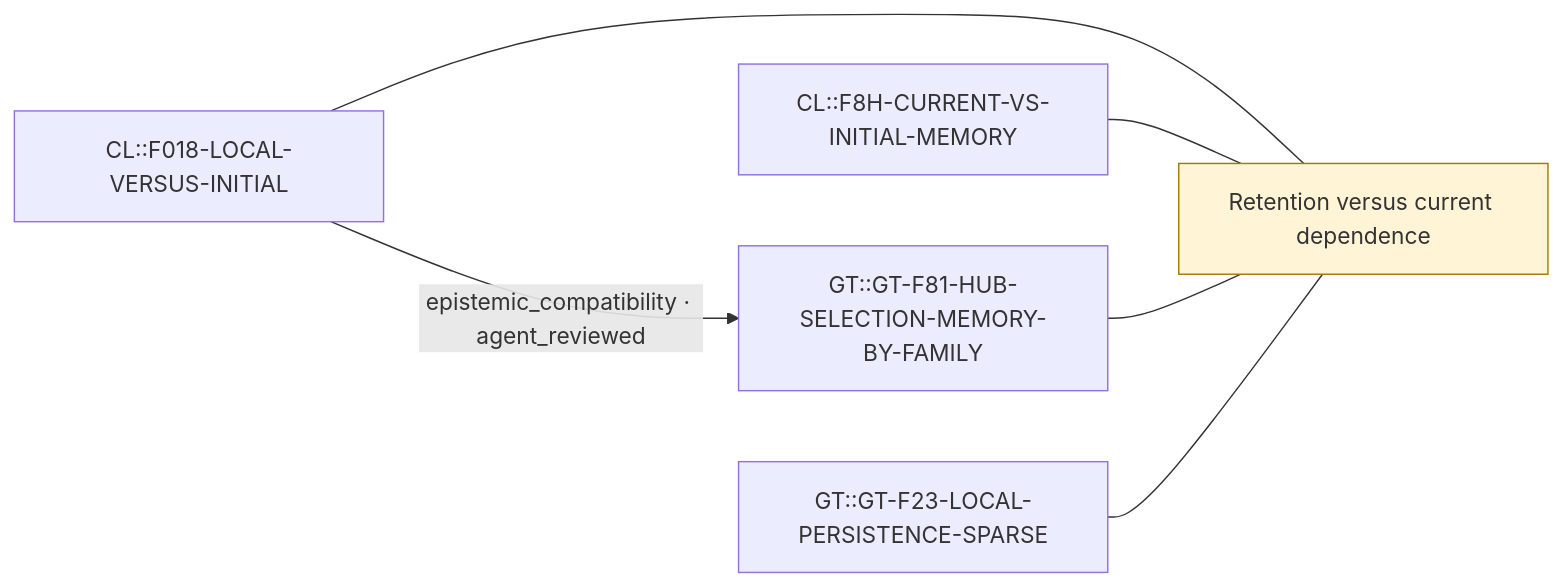
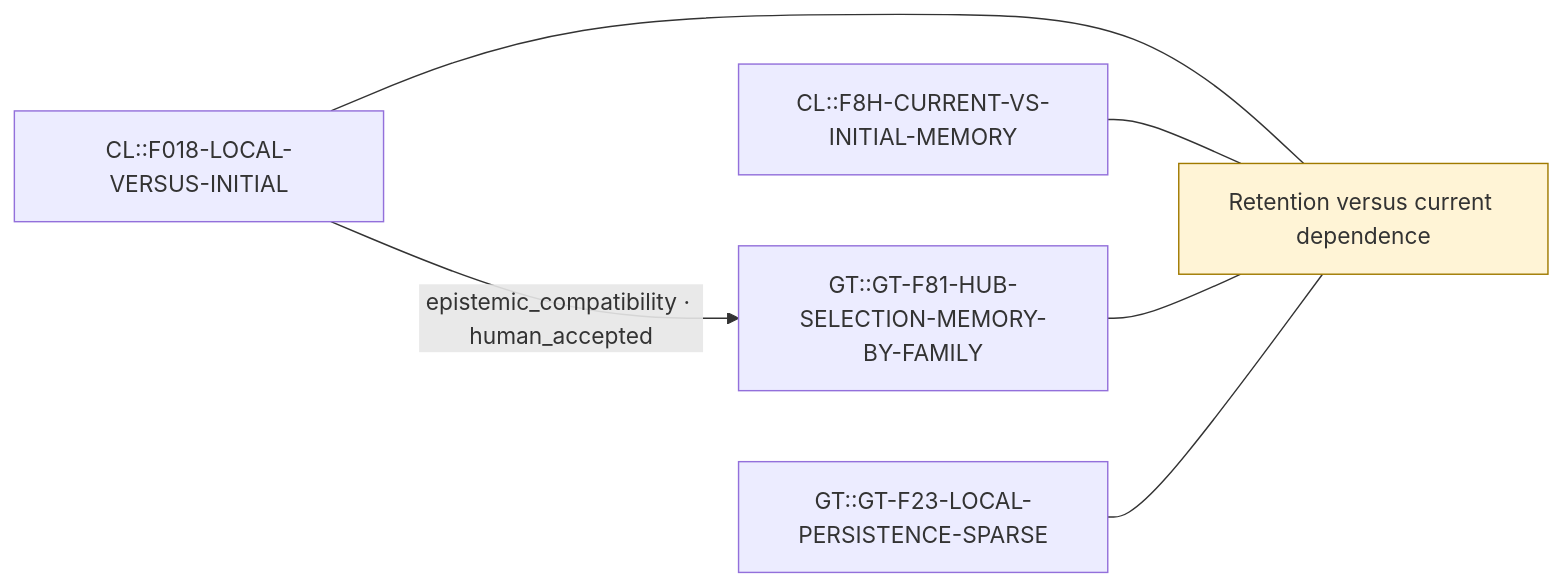
The diagram in research-synthesis/generated/themes/retention-vs-current-dependence.mmd (gellsmore-svg/Relational-Substrate), drawn with Mermaid before and after one commit. The commit also changed 39 other files, not shown here.

```diff
--- a/research-synthesis/generated/themes/retention-vs-current-dependence.mmd
+++ b/research-synthesis/generated/themes/retention-vs-current-dependence.mmd
@@ -1,8 +1,8 @@
 graph LR
   n_C__retention_vs_current_dependence["Retention versus current dependence"]:::concept
   n_CL__F018_LOCAL_VERSUS_INITIAL["CL::F018-LOCAL-VERSUS-INITIAL"] --- n_C__retention_vs_current_dependence
   n_CL__F8H_CURRENT_VS_INITIAL_MEMORY["CL::F8H-CURRENT-VS-INITIAL-MEMORY"] --- n_C__retention_vs_current_dependence
   n_GT__GT_F81_HUB_SELECTION_MEMORY_BY_FAMILY["GT::GT-F81-HUB-SELECTION-MEMORY-BY-FAMILY"] --- n_C__retention_vs_current_dependence
   n_GT__GT_F23_LOCAL_PERSISTENCE_SPARSE["GT::GT-F23-LOCAL-PERSISTENCE-SPARSE"] --- n_C__retention_vs_current_dependence
-  n_CL__F018_LOCAL_VERSUS_INITIAL -->|epistemic_compatibility · agent_reviewed| n_GT__GT_F81_HUB_SELECTION_MEMORY_BY_FAMILY
+  n_CL__F018_LOCAL_VERSUS_INITIAL -->|epistemic_compatibility · human_accepted| n_GT__GT_F81_HUB_SELECTION_MEMORY_BY_FAMILY
   classDef concept fill:#fff4d6,stroke:#a07a00
```
